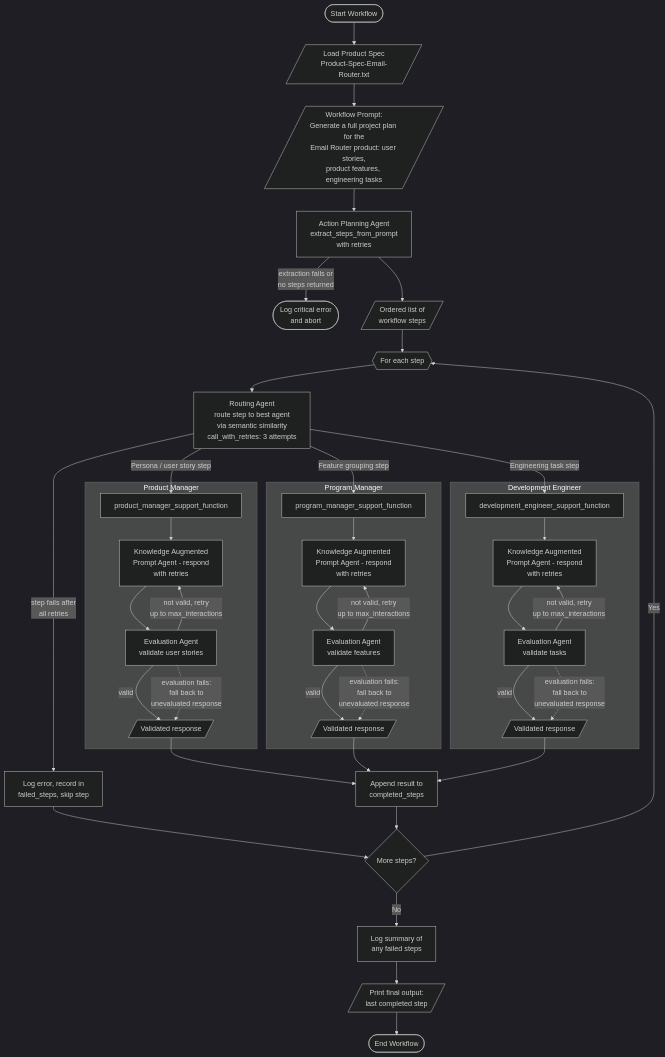
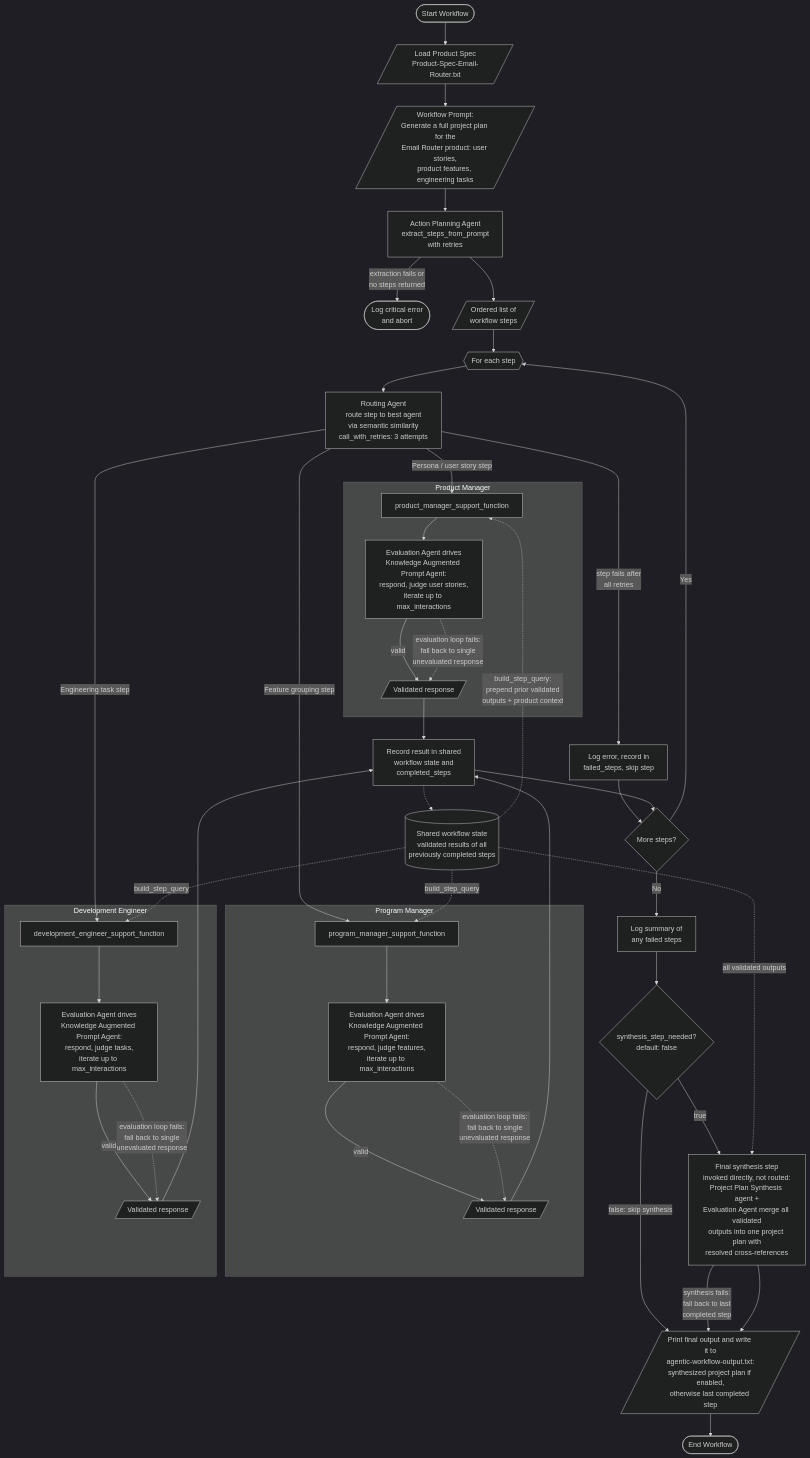
Before and after one commit to wirch01/cd14525-agentic-workflows-classroom: the diagram in project/starter/phase_2/reflection.md, drawn with Mermaid (dark theme). The commit also changed other lines of this file and 3 other files, not shown here.

Commit message:
Add shared workflow state and final synthesis step to enhance project plan consistency

````diff
--- a/project/starter/phase_2/reflection.md
+++ b/project/starter/phase_2/reflection.md
@@ -17,52 +30,58 @@
 ```mermaid
 flowchart TD
     Start([Start Workflow]) --> Spec[/Load Product Spec<br/>Product-Spec-Email-Router.txt/]
     Spec --> Prompt[/"Workflow Prompt:<br/>Generate a full project plan for the<br/>Email Router product: user stories,<br/>product features, engineering tasks"/]
 
     Prompt --> APA[Action Planning Agent<br/>extract_steps_from_prompt<br/>with retries]
     APA -->|extraction fails or<br/>no steps returned| Abort([Log critical error<br/>and abort])
     APA --> Steps[/Ordered list of<br/>workflow steps/]
 
     Steps --> Loop{{For each step}}
     Loop --> Router[Routing Agent<br/>route step to best agent<br/>via semantic similarity<br/>call_with_retries: 3 attempts]
     Router -->|step fails after<br/>all retries| Skip[Log error, record in<br/>failed_steps, skip step]
     Skip --> More
 
     Router -->|Persona / user story step| PM_SF[product_manager_support_function]
     Router -->|Feature grouping step| PGM_SF[program_manager_support_function]
     Router -->|Engineering task step| DE_SF[development_engineer_support_function]
 
+    State[(Shared workflow state<br/>validated results of all<br/>previously completed steps)]
+    State -.->|build_step_query:<br/>prepend prior validated<br/>outputs + product context| PM_SF
+    State -.->|build_step_query| PGM_SF
+    State -.->|build_step_query| DE_SF
+
     subgraph PM [Product Manager]
-        PM_SF --> PM_K[Knowledge Augmented<br/>Prompt Agent - respond<br/>with retries]
-        PM_K --> PM_E[Evaluation Agent<br/>validate user stories]
-        PM_E -->|not valid, retry<br/>up to max_interactions| PM_K
+        PM_SF --> PM_E[Evaluation Agent drives<br/>Knowledge Augmented Prompt Agent:<br/>respond, judge user stories,<br/>iterate up to max_interactions]
         PM_E -->|valid| PM_Out[/Validated response/]
-        PM_E -.->|evaluation fails:<br/>fall back to<br/>unevaluated response| PM_Out
+        PM_E -.->|evaluation loop fails:<br/>fall back to single<br/>unevaluated response| PM_Out
     end
 
     subgraph PGM [Program Manager]
-        PGM_SF --> PGM_K[Knowledge Augmented<br/>Prompt Agent - respond<br/>with retries]
-        PGM_K --> PGM_E[Evaluation Agent<br/>validate features]
-        PGM_E -->|not valid, retry<br/>up to max_interactions| PGM_K
+        PGM_SF --> PGM_E[Evaluation Agent drives<br/>Knowledge Augmented Prompt Agent:<br/>respond, judge features,<br/>iterate up to max_interactions]
         PGM_E -->|valid| PGM_Out[/Validated response/]
-        PGM_E -.->|evaluation fails:<br/>fall back to<br/>unevaluated response| PGM_Out
+        PGM_E -.->|evaluation loop fails:<br/>fall back to single<br/>unevaluated response| PGM_Out
     end
 
     subgraph DE [Development Engineer]
-        DE_SF --> DE_K[Knowledge Augmented<br/>Prompt Agent - respond<br/>with retries]
-        DE_K --> DE_E[Evaluation Agent<br/>validate tasks]
-        DE_E -->|not valid, retry<br/>up to max_interactions| DE_K
+        DE_SF --> DE_E[Evaluation Agent drives<br/>Knowledge Augmented Prompt Agent:<br/>respond, judge tasks,<br/>iterate up to max_interactions]
         DE_E -->|valid| DE_Out[/Validated response/]
-        DE_E -.->|evaluation fails:<br/>fall back to<br/>unevaluated response| DE_Out
+        DE_E -.->|evaluation loop fails:<br/>fall back to single<br/>unevaluated response| DE_Out
     end
 
-    PM_Out --> Collect[Append result to<br/>completed_steps]
+    PM_Out --> Collect[Record result in shared<br/>workflow state and<br/>completed_steps]
     PGM_Out --> Collect
     DE_Out --> Collect
+    Collect -.-> State
 
     Collect --> More{More steps?}
     More -->|Yes| Loop
     More -->|No| Summary[Log summary of<br/>any failed steps]
-    Summary --> Final[/Print final output:<br/>last completed step/]
+
+    Summary --> Flag{synthesis_step_needed?<br/>default: false}
+    Flag -->|false: skip synthesis| Final
+    Flag -->|true| Synth[Final synthesis step<br/>invoked directly, not routed:<br/>Project Plan Synthesis agent +<br/>Evaluation Agent merge all validated<br/>outputs into one project plan with<br/>resolved cross-references]
+    State -.->|all validated outputs| Synth
+    Synth -->|synthesis fails:<br/>fall back to last<br/>completed step| Final
+    Synth --> Final[/Print final output and write it to<br/>agentic-workflow-output.txt:<br/>synthesized project plan if enabled,<br/>otherwise last completed step/]
     Final --> End([End Workflow])
 ```
````
